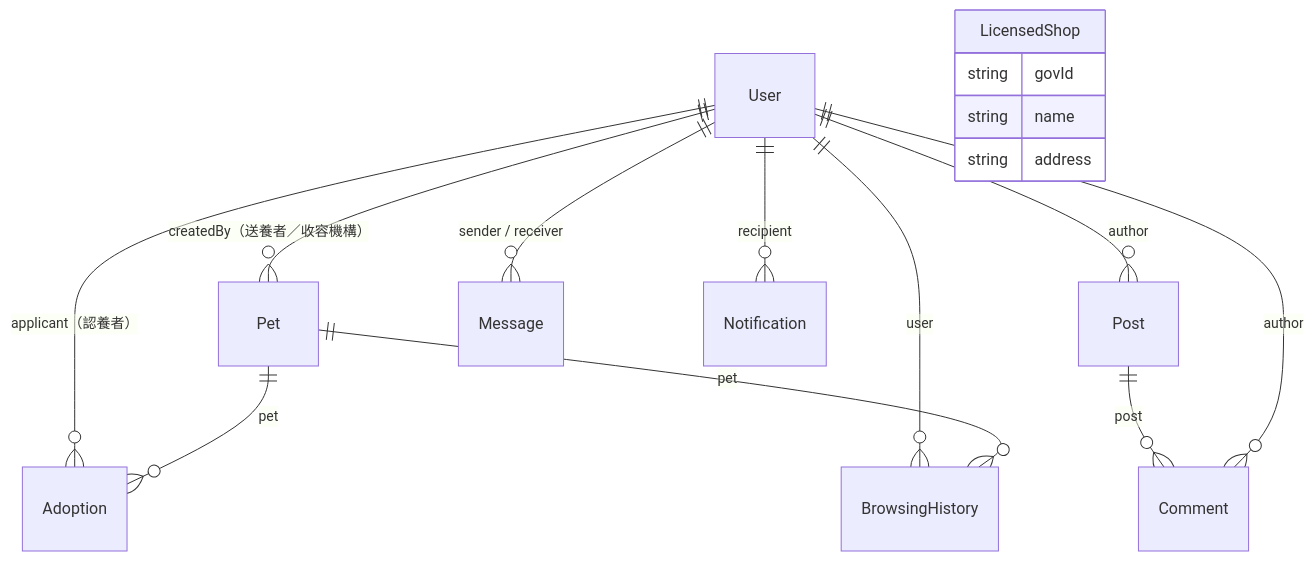
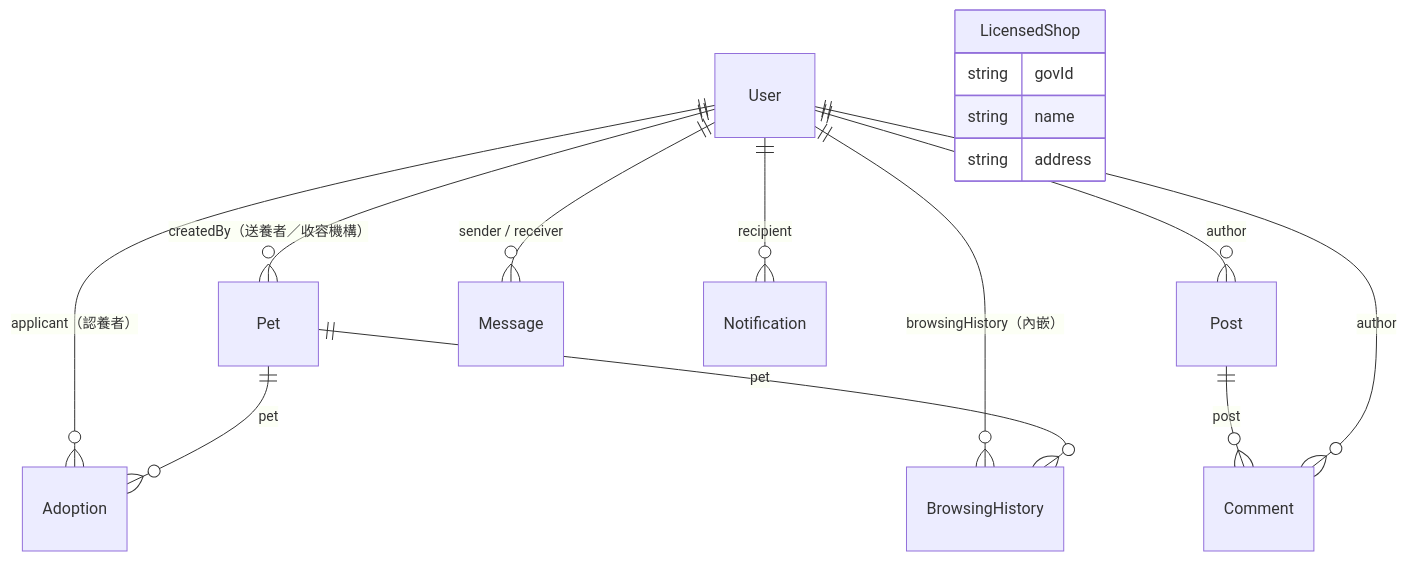
Before and after one commit to Shandi00/pet-haven: the second of 4 diagrams in docs/architecture/現況架構.md, drawn with Mermaid. The commit also changed other lines of this file and 5 other files, not shown here.

````diff
--- a/docs/architecture/現況架構.md
+++ b/docs/architecture/現況架構.md
@@ -89,18 +91,18 @@
 ```mermaid
 erDiagram
   User ||--o{ Pet : "createdBy（送養者／收容機構）"
   User ||--o{ Adoption : "applicant（認養者）"
   Pet  ||--o{ Adoption : "pet"
   User ||--o{ Post : "author"
   Post ||--o{ Comment : "post"
   User ||--o{ Comment : "author"
   User ||--o{ Message : "sender / receiver"
   User ||--o{ Notification : "recipient"
-  User ||--o{ BrowsingHistory : "user"
+  User ||--o{ BrowsingHistory : "browsingHistory（內嵌）"
   Pet  ||--o{ BrowsingHistory : "pet"
   LicensedShop {
     string govId
     string name
     string address
   }
 ```
````
